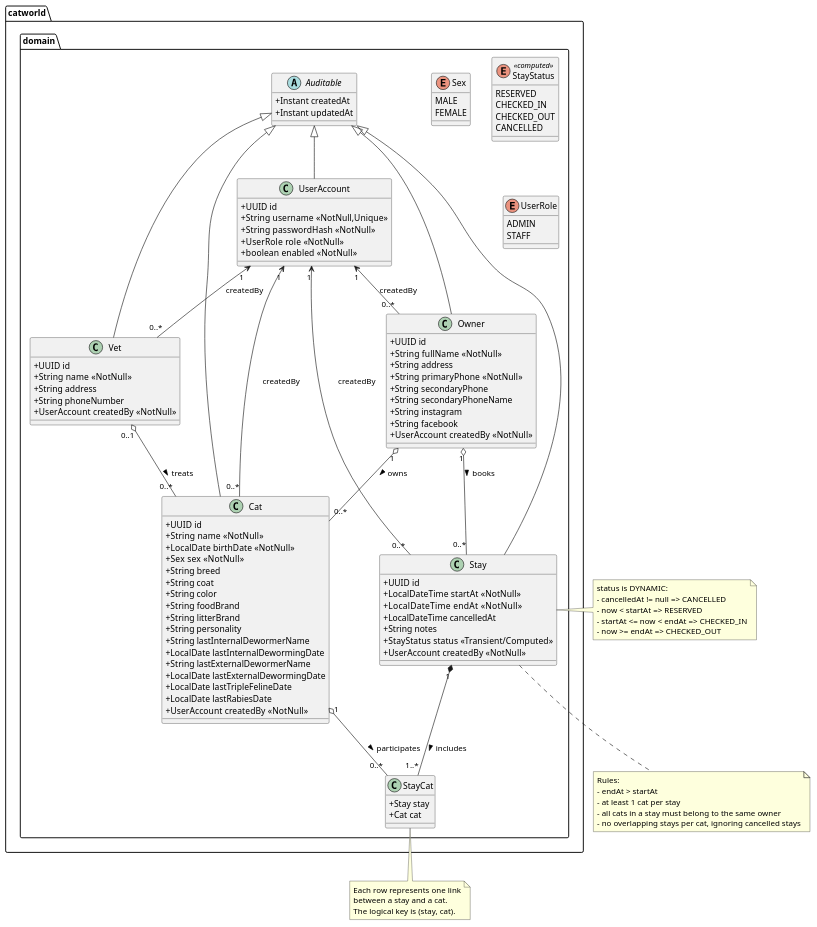
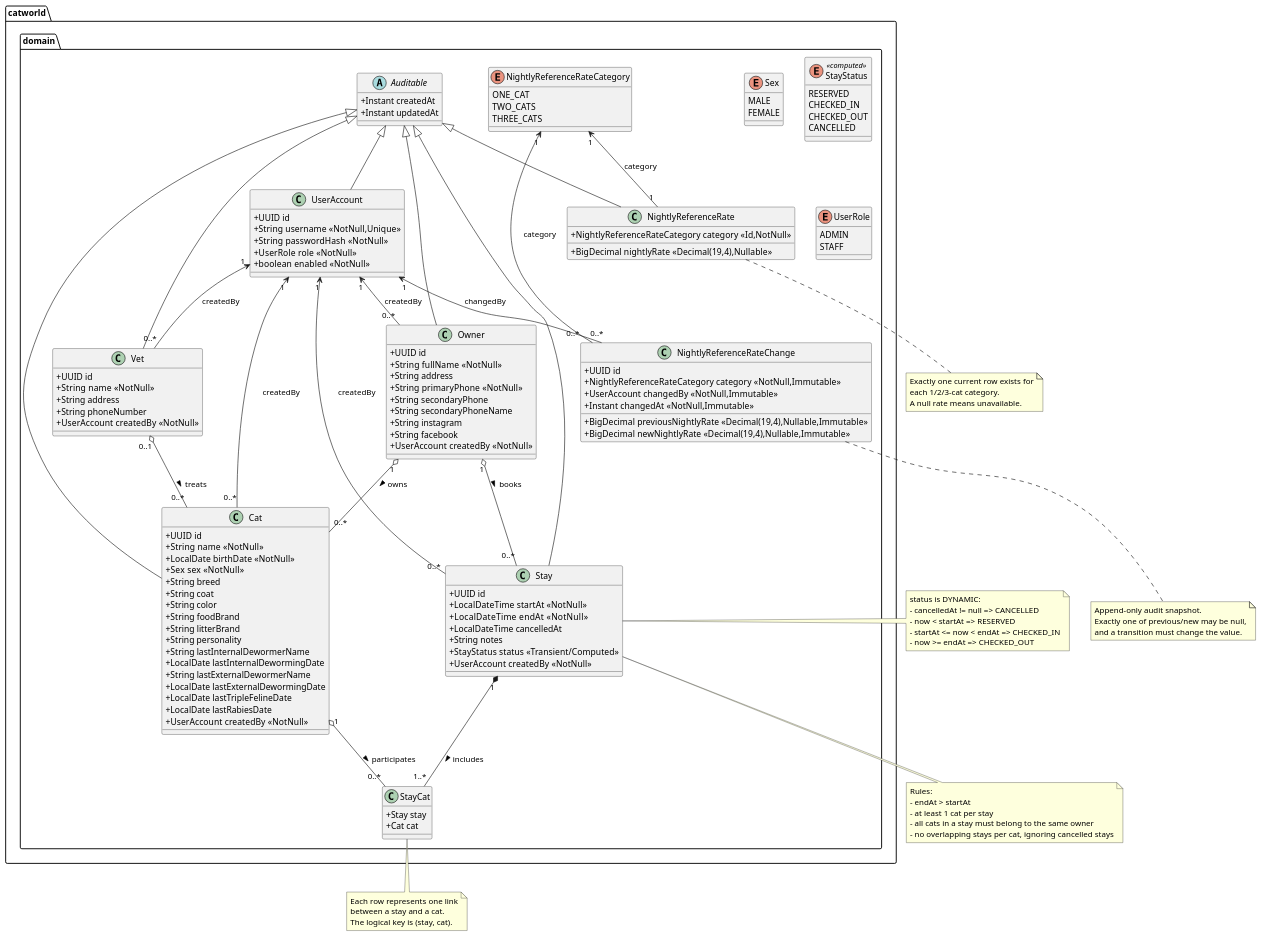
One commit to TheZenithPassage/catworld changed the diagram in docs/uml/01-domain-classes.puml. Above: the diagram before and after it, drawn with PlantUML. The commit also changed 1 other file, not shown here.

Commit message:
docs: document nightly reference rate model

```diff
--- a/docs/uml/01-domain-classes.puml
+++ b/docs/uml/01-domain-classes.puml
@@ -1,124 +1,159 @@
 @startuml
 skinparam classAttributeIconSize 0
 
 package "catworld.domain" {
 
   abstract class Auditable {
     +Instant createdAt
     +Instant updatedAt
   }
 
   class Owner extends Auditable {
     +UUID id
     +String fullName  <<NotNull>>
     +String address
     +String primaryPhone  <<NotNull>>
     +String secondaryPhone
     +String secondaryPhoneName
     +String instagram
     +String facebook
     +UserAccount createdBy  <<NotNull>>
   }
 
   class Vet extends Auditable {
     +UUID id
     +String name  <<NotNull>>
     +String address
     +String phoneNumber
     +UserAccount createdBy  <<NotNull>>
   }
 
   enum Sex {
     MALE
     FEMALE
   }
 
   class Cat extends Auditable {
     +UUID id
     +String name  <<NotNull>>
     +LocalDate birthDate  <<NotNull>>
     +Sex sex  <<NotNull>>
     +String breed
     +String coat
     +String color
     +String foodBrand
     +String litterBrand
     +String personality
     +String lastInternalDewormerName
     +LocalDate lastInternalDewormingDate
     +String lastExternalDewormerName
     +LocalDate lastExternalDewormingDate
     +LocalDate lastTripleFelineDate
     +LocalDate lastRabiesDate
     +UserAccount createdBy  <<NotNull>>
   }
 
   enum StayStatus <<computed>> {
     RESERVED
     CHECKED_IN
     CHECKED_OUT
     CANCELLED
   }
 
   class Stay extends Auditable {
     +UUID id
     +LocalDateTime startAt  <<NotNull>>
     +LocalDateTime endAt    <<NotNull>>
     +LocalDateTime cancelledAt
     +String notes
     +StayStatus status  <<Transient/Computed>>
     +UserAccount createdBy  <<NotNull>>
   }
 
   class StayCat {
     +Stay stay
     +Cat cat
   }
 
   enum UserRole {
     ADMIN
     STAFF
   }
 
   class UserAccount extends Auditable {
     +UUID id
     +String username  <<NotNull,Unique>>
     +String passwordHash  <<NotNull>>
     +UserRole role  <<NotNull>>
     +boolean enabled  <<NotNull>>
   }
 
+  enum NightlyReferenceRateCategory {
+    ONE_CAT
+    TWO_CATS
+    THREE_CATS
+  }
+
+  class NightlyReferenceRate extends Auditable {
+    +NightlyReferenceRateCategory category  <<Id,NotNull>>
+    +BigDecimal nightlyRate  <<Decimal(19,4),Nullable>>
+  }
+
+  class NightlyReferenceRateChange {
+    +UUID id
+    +NightlyReferenceRateCategory category  <<NotNull,Immutable>>
+    +BigDecimal previousNightlyRate  <<Decimal(19,4),Nullable,Immutable>>
+    +BigDecimal newNightlyRate  <<Decimal(19,4),Nullable,Immutable>>
+    +UserAccount changedBy  <<NotNull,Immutable>>
+    +Instant changedAt  <<NotNull,Immutable>>
+  }
+
   Owner "1" o-- "0..*" Cat : owns >
   Vet   "0..1" o-- "0..*" Cat : treats >
   Owner "1" o-- "0..*" Stay : books >
   Stay  "1" *-- "1..*" StayCat : includes >
   Cat   "1" o-- "0..*" StayCat : participates >
   UserAccount "1" <-- "0..*" Owner : createdBy
   UserAccount "1" <-- "0..*" Cat : createdBy
   UserAccount "1" <-- "0..*" Vet : createdBy
   UserAccount "1" <-- "0..*" Stay : createdBy
+  NightlyReferenceRateCategory "1" <-- "1" NightlyReferenceRate : category
+  NightlyReferenceRateCategory "1" <-- "0..*" NightlyReferenceRateChange : category
+  UserAccount "1" <-- "0..*" NightlyReferenceRateChange : changedBy
 }
 
 note right of Stay
 status is DYNAMIC:
 - cancelledAt != null => CANCELLED
 - now < startAt => RESERVED
 - startAt <= now < endAt => CHECKED_IN
 - now >= endAt => CHECKED_OUT
 end note
 
 note bottom of Stay
 Rules:
 - endAt > startAt
 - at least 1 cat per stay
 - all cats in a stay must belong to the same owner
 - no overlapping stays per cat, ignoring cancelled stays
 end note
 
 note bottom of StayCat
 Each row represents one link
 between a stay and a cat.
 The logical key is (stay, cat).
 end note
 
+note bottom of NightlyReferenceRate
+Exactly one current row exists for
+each 1/2/3-cat category.
+A null rate means unavailable.
+end note
+
+note bottom of NightlyReferenceRateChange
+Append-only audit snapshot.
+Exactly one of previous/new may be null,
+and a transition must change the value.
+end note
+
 @enduml
```
